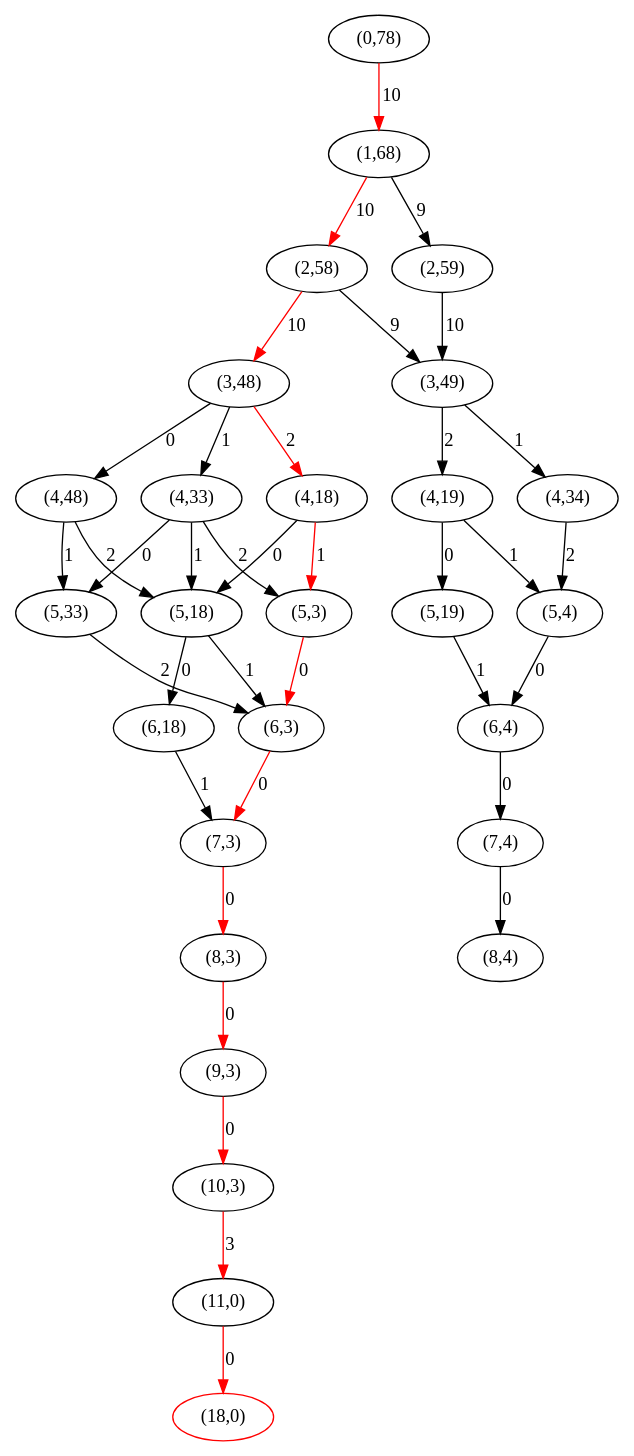
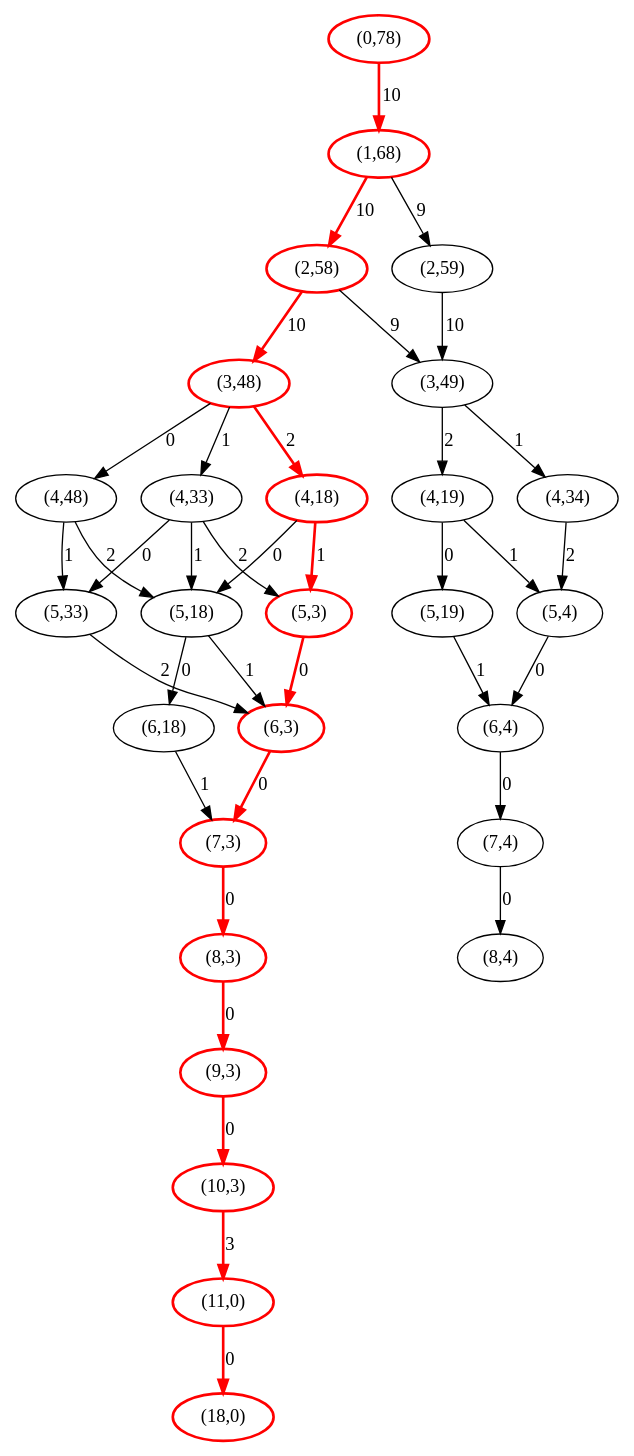
One commit to migueltoro/ada_v2_18 changed the diagram in java/EjemplosAlgoritmos/ficheros/MochilaPDRGraph.gv. Above: the diagram before and after it, drawn with Graphviz. The commit also changed 2 other files, not shown here.

```diff
--- a/java/EjemplosAlgoritmos/ficheros/MochilaPDRGraph.gv
+++ b/java/EjemplosAlgoritmos/ficheros/MochilaPDRGraph.gv
@@ -1,65 +1,65 @@
 strict digraph G {
-  1 [ label="(0,78)" ];
-  2 [ label="(1,68)" ];
-  3 [ label="(2,58)" ];
-  4 [ label="(3,48)" ];
-  5 [ label="(4,18)" ];
-  6 [ label="(5,3)" ];
-  7 [ label="(6,3)" ];
-  8 [ label="(7,3)" ];
-  9 [ label="(8,3)" ];
-  10 [ label="(9,3)" ];
-  11 [ label="(10,3)" ];
-  12 [ label="(11,0)" ];
-  13 [ color="red" label="(18,0)" ];
+  1 [ color="red" style="bold" label="(0,78)" ];
+  2 [ color="red" style="bold" label="(1,68)" ];
+  3 [ color="red" style="bold" label="(2,58)" ];
+  4 [ color="red" style="bold" label="(3,48)" ];
+  5 [ color="red" style="bold" label="(4,18)" ];
+  6 [ color="red" style="bold" label="(5,3)" ];
+  7 [ color="red" style="bold" label="(6,3)" ];
+  8 [ color="red" style="bold" label="(7,3)" ];
+  9 [ color="red" style="bold" label="(8,3)" ];
+  10 [ color="red" style="bold" label="(9,3)" ];
+  11 [ color="red" style="bold" label="(10,3)" ];
+  12 [ color="red" style="bold" label="(11,0)" ];
+  13 [ color="red" style="bold" label="(18,0)" ];
   14 [ label="(5,18)" ];
   15 [ label="(6,18)" ];
   16 [ label="(4,33)" ];
   17 [ label="(5,33)" ];
   18 [ label="(4,48)" ];
   19 [ label="(3,49)" ];
   20 [ label="(4,19)" ];
   21 [ label="(5,4)" ];
   22 [ label="(6,4)" ];
   23 [ label="(7,4)" ];
   24 [ label="(8,4)" ];
   25 [ label="(5,19)" ];
   26 [ label="(4,34)" ];
   27 [ label="(2,59)" ];
-  12 -> 13 [ color="red" label="0" ];
-  11 -> 12 [ color="red" label="3" ];
-  10 -> 11 [ color="red" label="0" ];
-  9 -> 10 [ color="red" label="0" ];
-  8 -> 9 [ color="red" label="0" ];
-  7 -> 8 [ color="red" label="0" ];
-  6 -> 7 [ color="red" label="0" ];
-  5 -> 6 [ color="red" label="1" ];
+  12 -> 13 [ color="red" style="bold" label="0" ];
+  11 -> 12 [ color="red" style="bold" label="3" ];
+  10 -> 11 [ color="red" style="bold" label="0" ];
+  9 -> 10 [ color="red" style="bold" label="0" ];
+  8 -> 9 [ color="red" style="bold" label="0" ];
+  7 -> 8 [ color="red" style="bold" label="0" ];
+  6 -> 7 [ color="red" style="bold" label="0" ];
+  5 -> 6 [ color="red" style="bold" label="1" ];
   14 -> 7 [ label="1" ];
   15 -> 8 [ label="1" ];
   14 -> 15 [ label="0" ];
   5 -> 14 [ label="0" ];
-  4 -> 5 [ color="red" label="2" ];
+  4 -> 5 [ color="red" style="bold" label="2" ];
   16 -> 6 [ label="2" ];
   16 -> 14 [ label="1" ];
   17 -> 7 [ label="2" ];
   16 -> 17 [ label="0" ];
   4 -> 16 [ label="1" ];
   18 -> 14 [ label="2" ];
   18 -> 17 [ label="1" ];
   4 -> 18 [ label="0" ];
-  3 -> 4 [ color="red" label="10" ];
+  3 -> 4 [ color="red" style="bold" label="10" ];
   23 -> 24 [ label="0" ];
   22 -> 23 [ label="0" ];
   21 -> 22 [ label="0" ];
   20 -> 21 [ label="1" ];
   25 -> 22 [ label="1" ];
   20 -> 25 [ label="0" ];
   19 -> 20 [ label="2" ];
   26 -> 21 [ label="2" ];
   19 -> 26 [ label="1" ];
   3 -> 19 [ label="9" ];
-  2 -> 3 [ color="red" label="10" ];
+  2 -> 3 [ color="red" style="bold" label="10" ];
   27 -> 19 [ label="10" ];
   2 -> 27 [ label="9" ];
-  1 -> 2 [ color="red" label="10" ];
+  1 -> 2 [ color="red" style="bold" label="10" ];
 }
```
